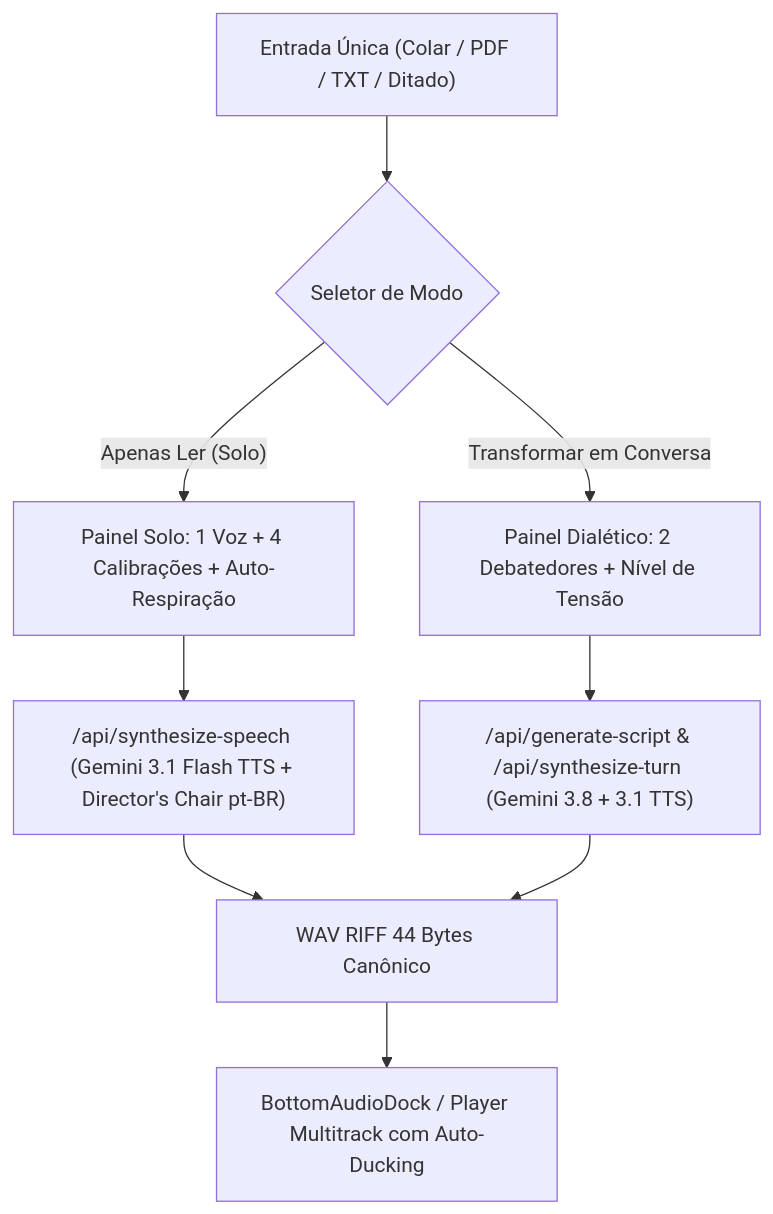
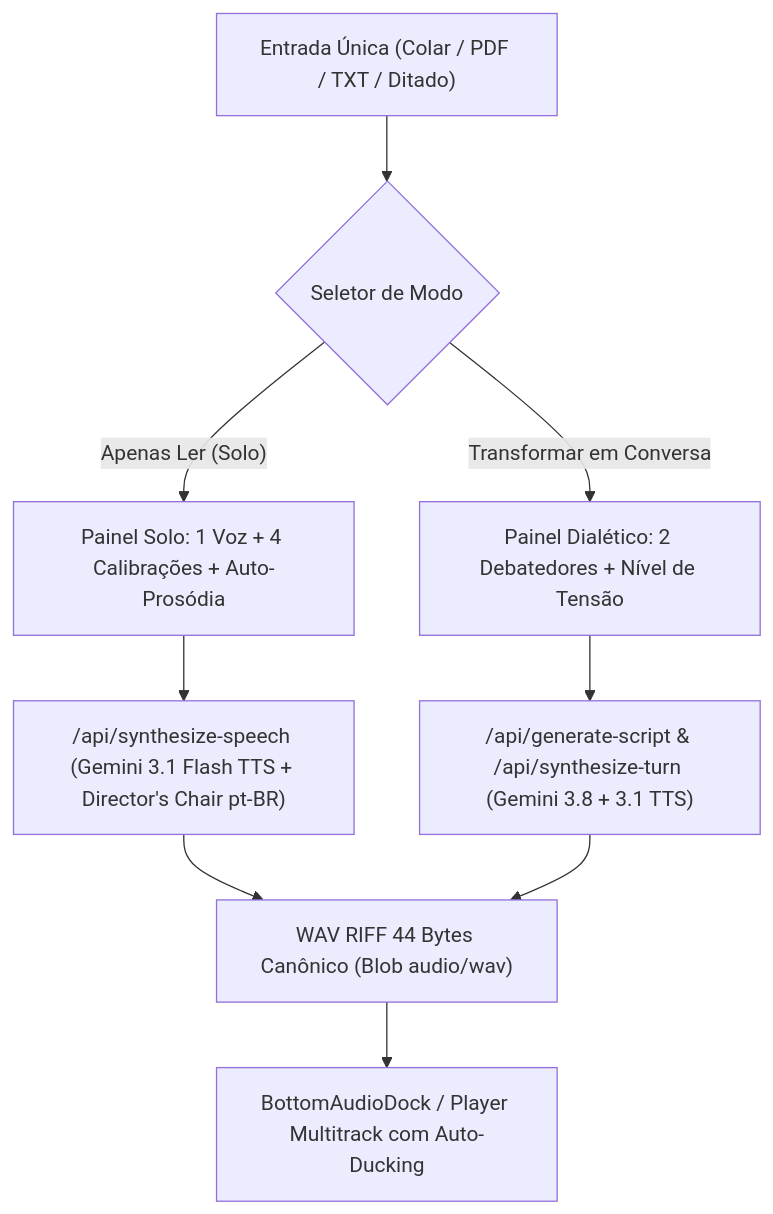
Before and after one commit to melkidonadonmed-lgtm/mytts: the diagram in docs/superpowers/specs/2026-10-01-unified-studio-flow-design.md, drawn with Mermaid. The commit also changed other lines of this file, not shown here.

````diff
--- a/docs/superpowers/specs/2026-10-01-unified-studio-flow-design.md
+++ b/docs/superpowers/specs/2026-10-01-unified-studio-flow-design.md
@@ -38,11 +40,11 @@
 ```mermaid
 flowchart TD
     A["Entrada Única (Colar / PDF / TXT / Ditado)"] --> B{"Seletor de Modo"}
-    B -->|"Apenas Ler (Solo)"| C["Painel Solo: 1 Voz + 4 Calibrações + Auto-Respiração"]
+    B -->|"Apenas Ler (Solo)"| C["Painel Solo: 1 Voz + 4 Calibrações + Auto-Prosódia"]
     B -->|"Transformar em Conversa"| D["Painel Dialético: 2 Debatedores + Nível de Tensão"]
     C --> E["/api/synthesize-speech (Gemini 3.1 Flash TTS + Director's Chair pt-BR)"]
     D --> F["/api/generate-script & /api/synthesize-turn (Gemini 3.8 + 3.1 TTS)"]
-    E --> G["WAV RIFF 44 Bytes Canônico"]
+    E --> G["WAV RIFF 44 Bytes Canônico (Blob audio/wav)"]
     F --> G
     G --> H["BottomAudioDock / Player Multitrack com Auto-Ducking"]
 ```
````
